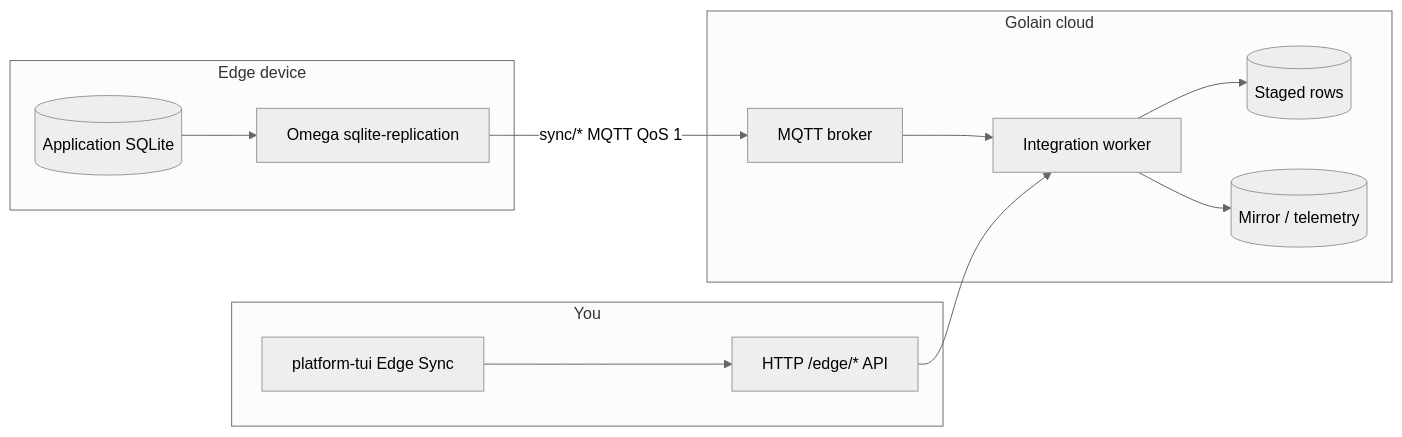
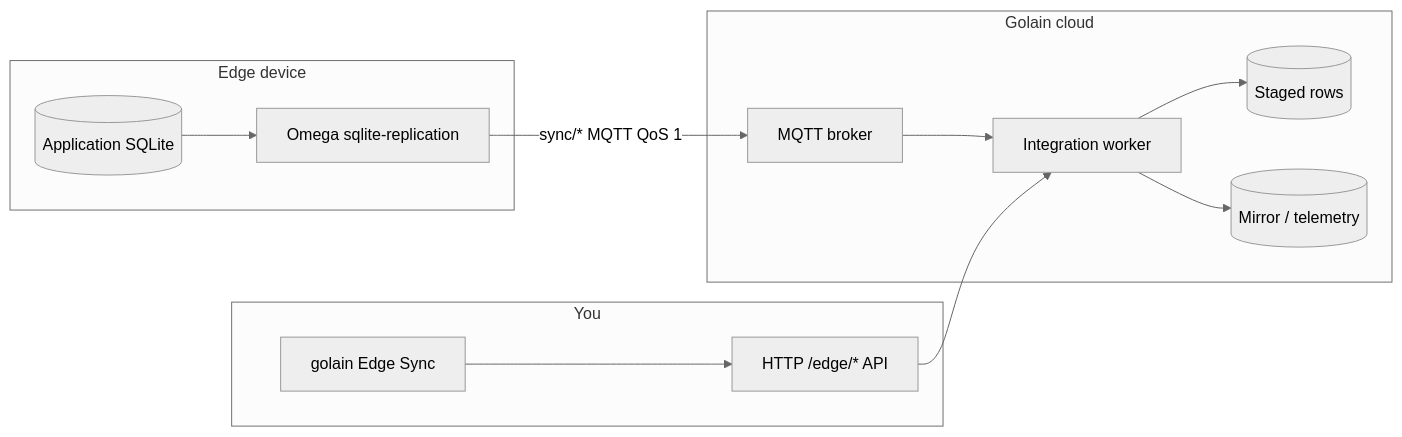
One commit to golain-io/docs changed the diagram in edge/data-sync/overview.mdx. Above: the diagram before and after it, drawn with Mermaid (neutral theme). The commit also changed other lines of this file and 18 other files, not shown here.

````diff
--- a/edge/data-sync/overview.mdx
+++ b/edge/data-sync/overview.mdx
@@ -21,22 +21,22 @@
 ```mermaid
 flowchart LR
   subgraph device [Edge device]
     DB[(Application SQLite)]
     O[Omega sqlite-replication]
     DB --> O
   end
   subgraph cloud [Golain cloud]
     B[MQTT broker]
     W[Integration worker]
     S[(Staged rows)]
     M[(Mirror / telemetry)]
     O -->|sync/* MQTT QoS 1| B --> W
     W --> S
     W --> M
   end
   subgraph ops [You]
-    TUI[platform-tui Edge Sync]
+    TUI[golain Edge Sync]
     API[HTTP /edge/* API]
     TUI --> API --> W
   end
 ```
````
